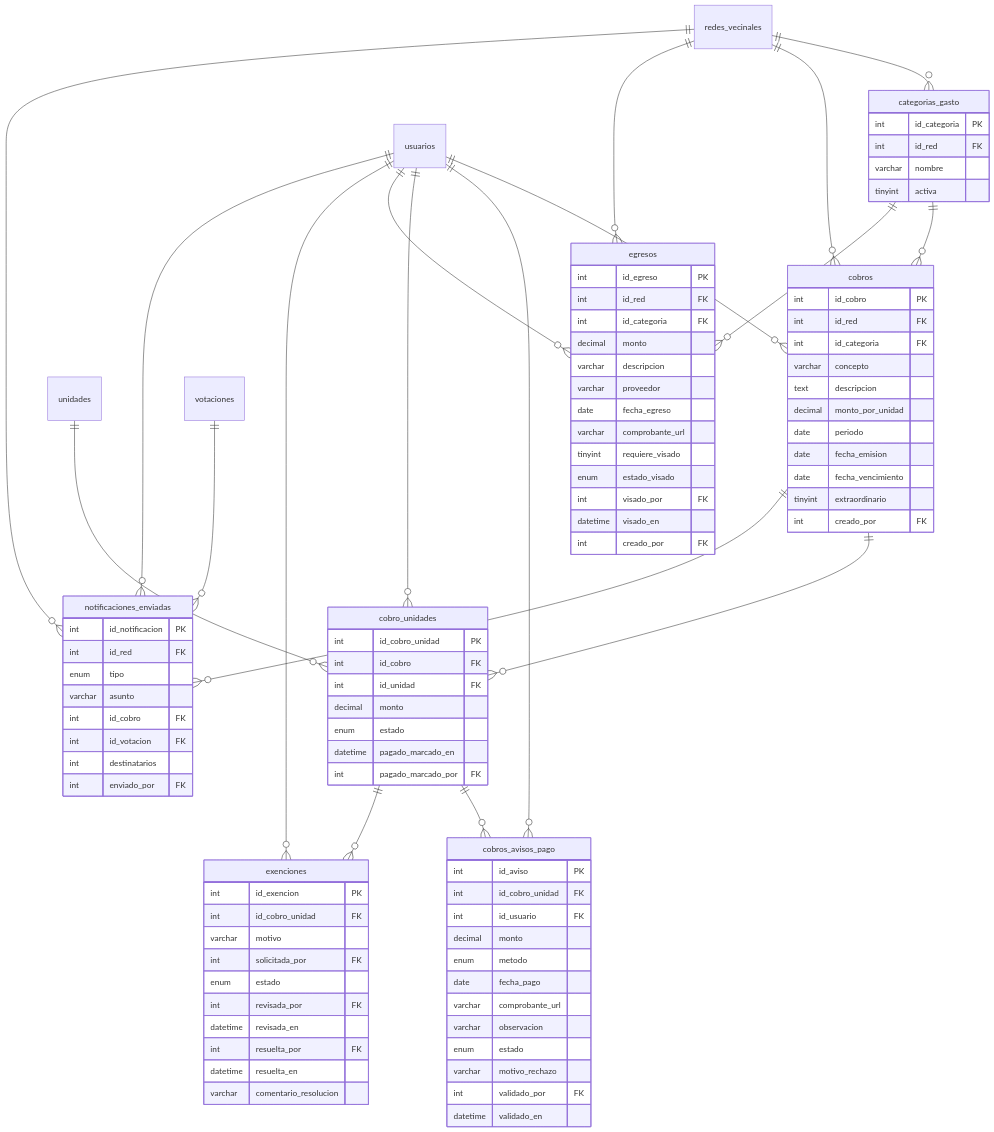
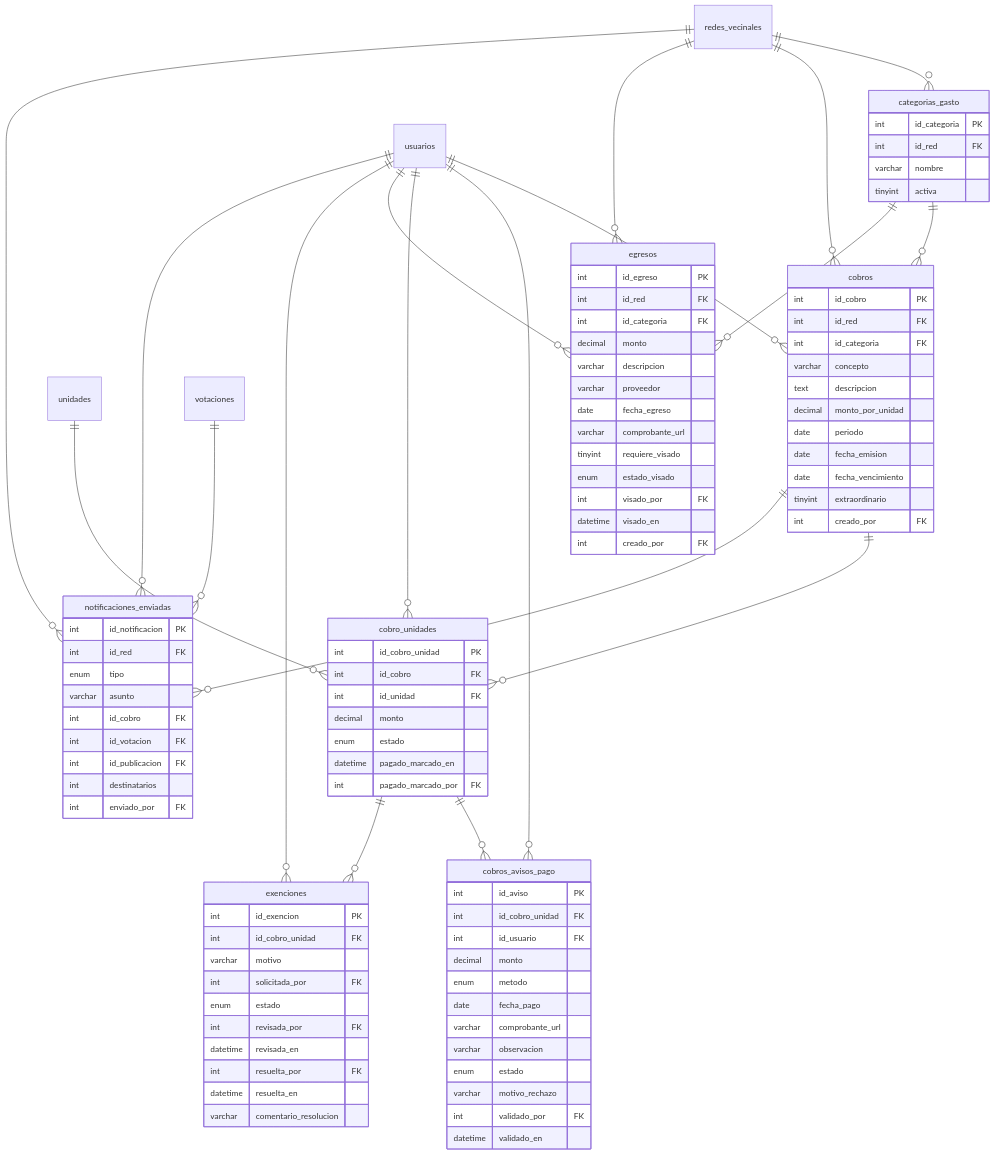
One commit to JonasMateosValenzuelaLopez/ProyectoTesis changed the third of 6 diagrams in FASE-2/Evidencias-Proyecto/Documentación/07-modelo-datos.md. Above: the diagram before and after it, drawn with Mermaid. The commit also changed other lines of this file and 33 other files, not shown here.

```diff
--- a/FASE-2/Evidencias-Proyecto/Documentación/07-modelo-datos.md
+++ b/FASE-2/Evidencias-Proyecto/Documentación/07-modelo-datos.md
@@ -350,6 +350,7 @@
         varchar asunto
         int id_cobro FK
         int id_votacion FK
+        int id_publicacion FK
         int destinatarios
         int enviado_por FK
     }
```
